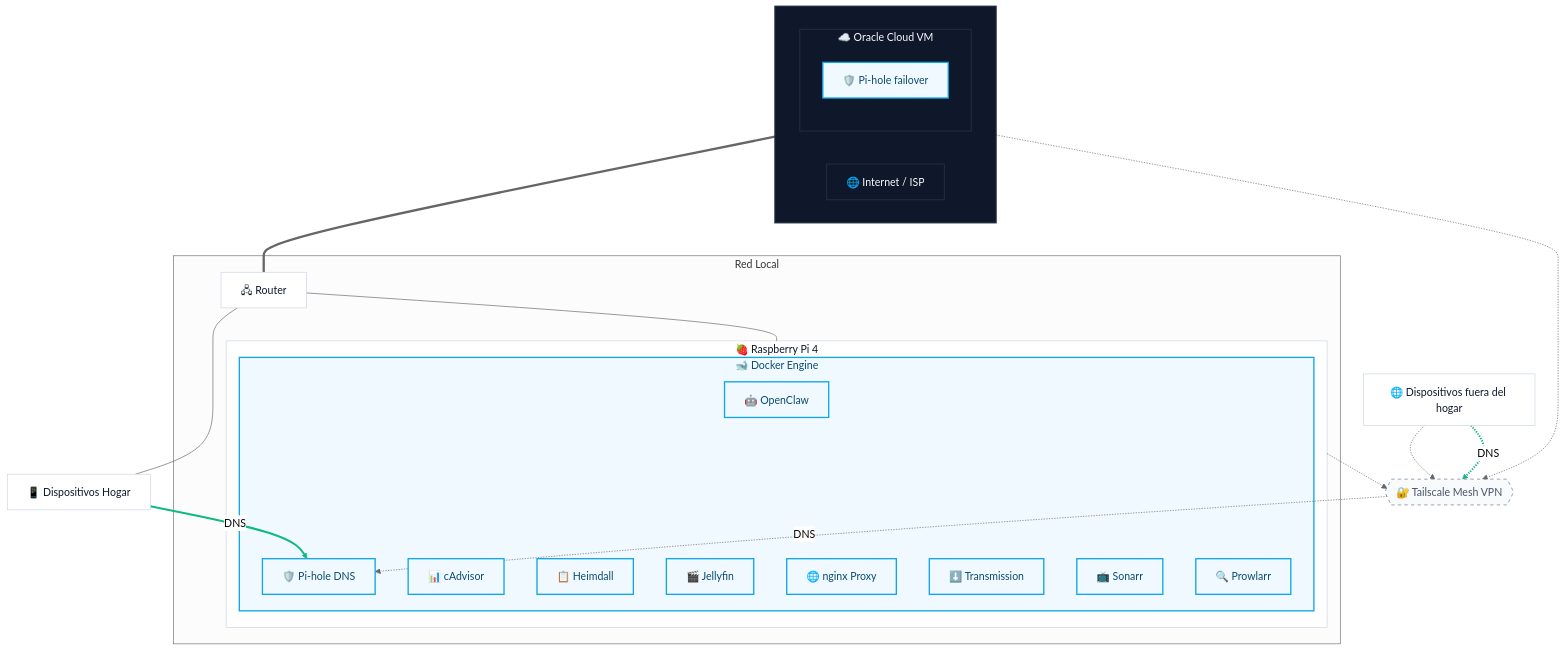
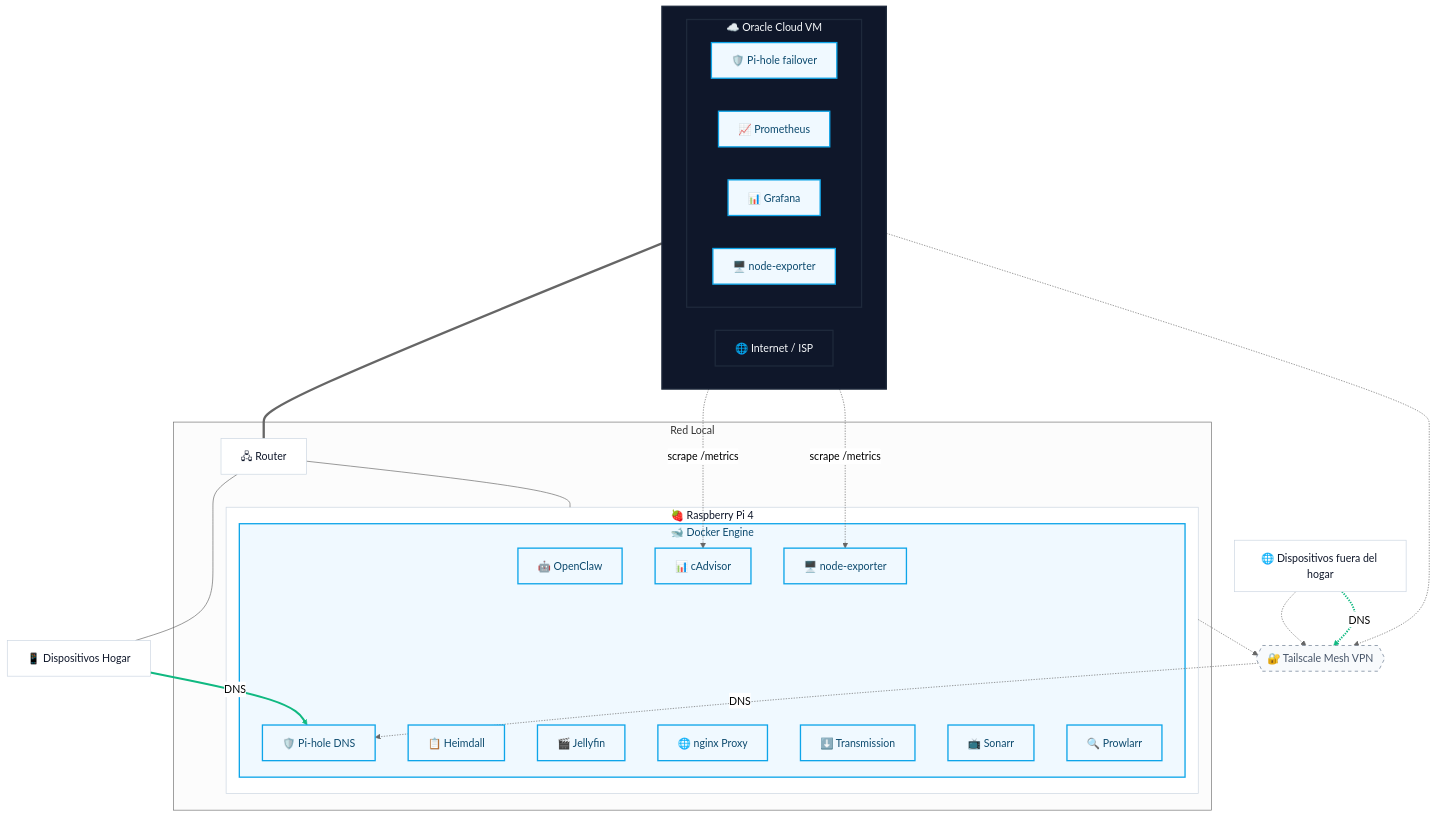
Before and after one commit to dcerbero/homelab: the diagram in docs/ARCHITECTURE.md, drawn with Mermaid (neutral theme). The commit also changed other lines of this file and 6 other files, not shown here.

Commit message:
docs: finalize monitoring documentation (MONITORING, COMMANDS, ARCHITECTURE, README, SECURITY, ANSIBLE, DOCKER)

````diff
--- a/docs/ARCHITECTURE.md
+++ b/docs/ARCHITECTURE.md
@@ -5,57 +5,64 @@
 ```mermaid
 graph TD
     classDef wan fill:#0f172a,stroke:#1e293b,stroke-width:2px,color:#f8fafc;
     classDef node fill:#ffffff,stroke:#cbd5e1,stroke-width:1px,color:#0f172a;
     classDef vpn fill:#f8fafc,stroke:#64748b,stroke-width:1px,stroke-dasharray: 5 5,color:#475569;
     classDef highlight fill:#f0f9ff,stroke:#0ea5e9,stroke-width:2px,color:#0c4a6e;
 
     subgraph WAN [ ]
         direction LR
         ISP[🌐 Internet / ISP]
         
         subgraph OCI_VM [☁️ Oracle Cloud VM]
             OciPiHole[🛡️ Pi-hole failover]
+            Prometheus[📈 Prometheus]
+            Grafana[📊 Grafana]
+            OciNodeExp[🖥️ node-exporter]
         end
     end
 
     Tailscale{{"🔐 Tailscale Mesh VPN"}}
 
     subgraph LAN [Red Local]
         Router[🖧 Router]
         subgraph Pi [🍓 Raspberry Pi 4]
             subgraph Docker [🐋 Docker Engine]
                 OpenClaw[🤖 OpenClaw]
                 PiHole[🛡️ Pi-hole DNS]
                 cAdvisor[📊 cAdvisor]
+                NodeExp[🖥️ node-exporter]
                 Heimdall[📋 Heimdall]
                 Jellyfin[🎬 Jellyfin]
                 Nginx[🌐 nginx Proxy]
                 Transmission[⬇️ Transmission]
                 Sonarr[📺 Sonarr]
                 Prowlarr[🔍 Prowlarr]
             end
         end
     end
 
     LocalDevices[📱 Dispositivos Hogar]
     RemoteNode[🌐 Dispositivos fuera del hogar]
 
     ISP === Router
     Router --- Pi
     Router --- LocalDevices
 
     Pi -.-> Tailscale
     OCI_VM -.-> Tailscale
     RemoteNode -.-> Tailscale
     
     LocalDevices ==>|DNS| PiHole
     RemoteNode -.->|DNS| Tailscale
     Tailscale -.->|DNS| PiHole
 
+    Prometheus -.->|scrape /metrics| NodeExp
+    Prometheus -.->|scrape /metrics| cAdvisor
+
     class WAN,ISP,OCI_VM wan;
     class Router,Pi,LocalDevices,RemoteNode node;
     class Tailscale vpn;
-    class Docker,OpenClaw,PiHole,cAdvisor,OciPiHole,Heimdall,Jellyfin,Nginx,Transmission,Sonarr,Prowlarr highlight;
+    class Docker,OpenClaw,PiHole,cAdvisor,OciPiHole,Heimdall,Jellyfin,Nginx,Transmission,Sonarr,Prowlarr,NodeExp,Prometheus,Grafana,OciNodeExp highlight;
 
     linkStyle 6,7 stroke:#10b981,stroke-width:3px;
 ```
````
